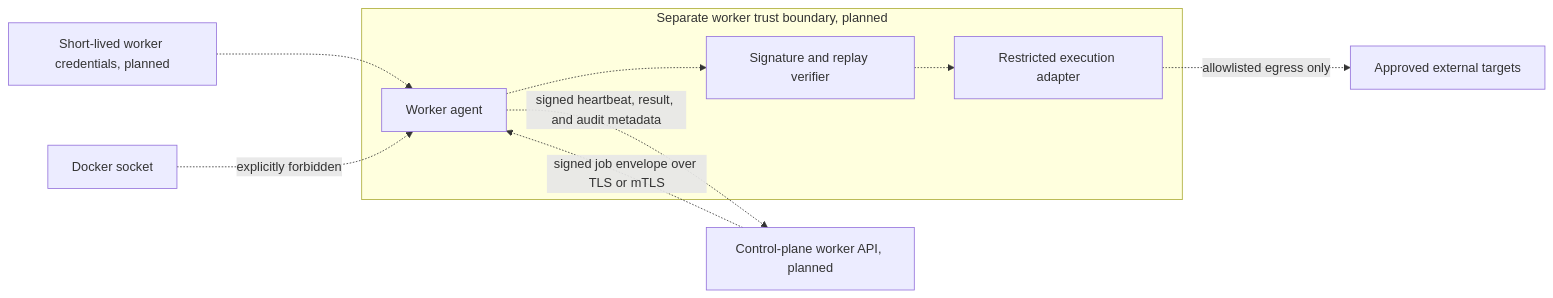
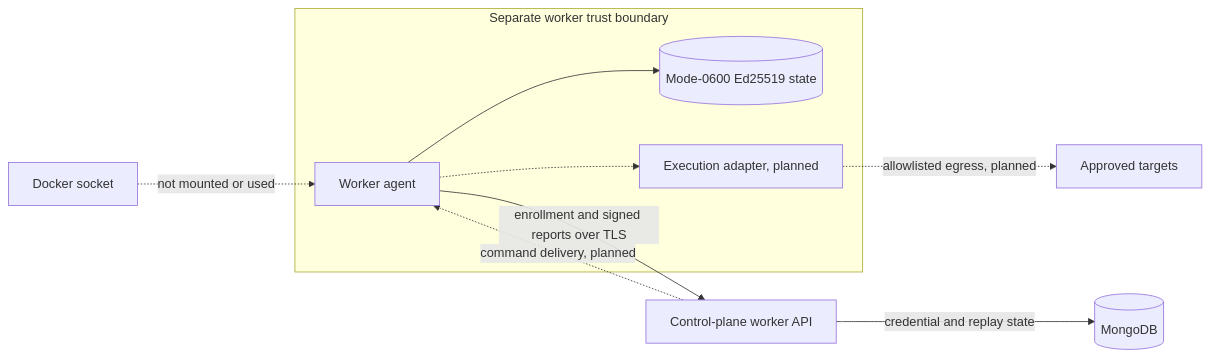
One commit to wasmake/dastack changed the second of 3 diagrams in docs/architecture.md. Above: the diagram before and after it, drawn with Mermaid. The commit also changed other lines of this file and 128 other files, not shown here.

Commit message:
feat: build phase 2 resource control plane

````diff
--- a/docs/architecture.md
+++ b/docs/architecture.md
@@ -45,16 +48,17 @@
 ```mermaid
 flowchart LR
-    subgraph WorkerHost[Separate worker trust boundary, planned]
+    subgraph WorkerHost[Separate worker trust boundary]
         Agent[Worker agent]
-        Verify[Signature and replay verifier]
-        Sandbox[Restricted execution adapter]
-        Agent -.-> Verify
-        Verify -.-> Sandbox
+        State[(Mode-0600 Ed25519 state)]
+        Runtime[Execution adapter, planned]
+        Agent --> State
+        Agent -.-> Runtime
     end
 
-    Control[Control-plane worker API, planned] -.->|signed job envelope over TLS or mTLS| Agent
-    Agent -.->|signed heartbeat, result, and audit metadata| Control
-    Sandbox -.->|allowlisted egress only| Allowed[Approved external targets]
-    Secrets[Short-lived worker credentials, planned] -.-> Agent
-    DockerSock[Docker socket] -.->|explicitly forbidden| Agent
+    Control[Control-plane worker API]
+    Agent -->|enrollment and signed reports over TLS| Control
+    Control -->|credential and replay state| Mongo[(MongoDB)]
+    Control -.->|command delivery, planned| Agent
+    Runtime -.->|allowlisted egress, planned| Allowed[Approved targets]
+    DockerSock[Docker socket] -.->|not mounted or used| Agent
 ```
````
